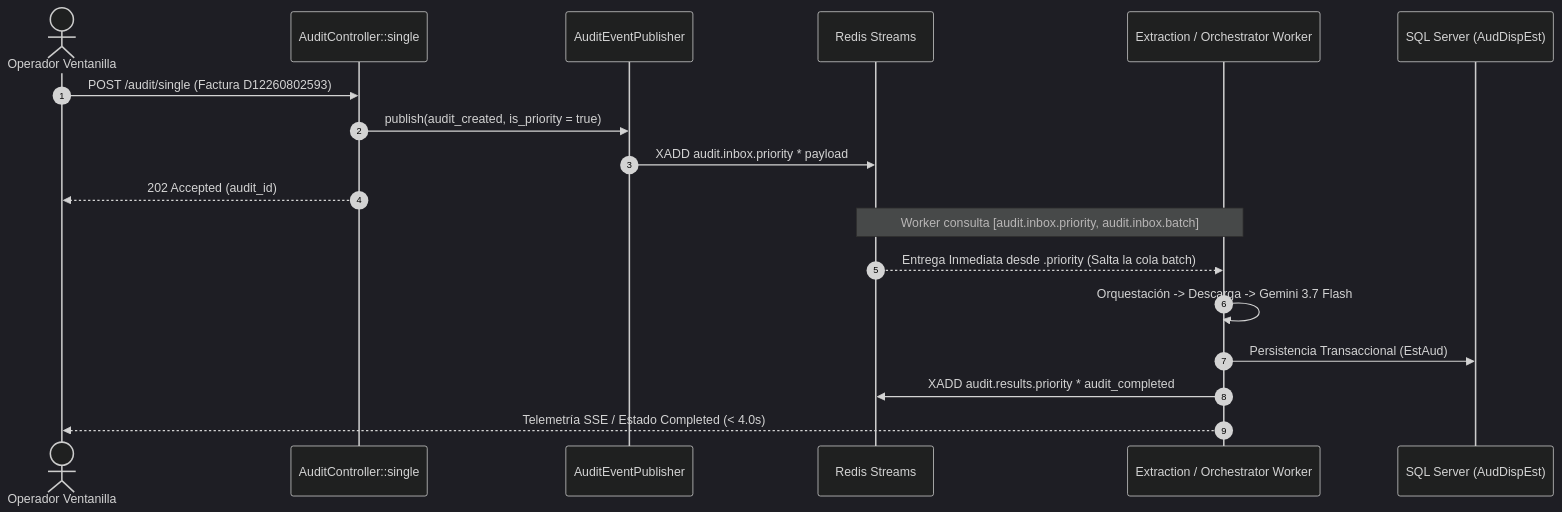
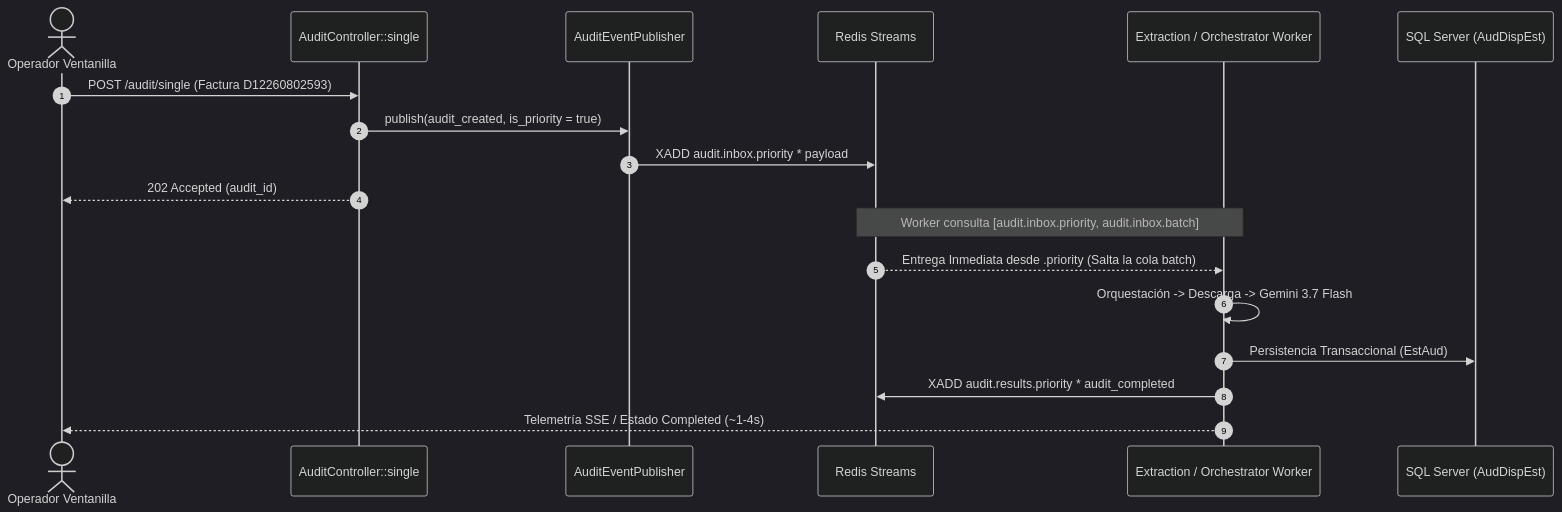
The diagram in plans/sdd-interactive-vip-priority-stream.md (jfrem/AudFact), drawn with Mermaid (dark theme) before and after one commit. The commit also changed other lines of this file, not shown here.

````diff
--- a/plans/sdd-interactive-vip-priority-stream.md
+++ b/plans/sdd-interactive-vip-priority-stream.md
@@ -92,22 +92,22 @@
 ```mermaid
 sequenceDiagram
     autonumber
     actor User as Operador Ventanilla
     participant API as AuditController::single
     participant Pub as AuditEventPublisher
     participant Redis as Redis Streams
     participant Worker as Extraction / Orchestrator Worker
     participant SQL as SQL Server (AudDispEst)
 
     User->>API: POST /audit/single (Factura D12260802593)
     API->>Pub: publish(audit_created, is_priority = true)
     Pub->>Redis: XADD audit.inbox.priority * payload
     API-->>User: 202 Accepted (audit_id)
     
     Note over Worker,Redis: Worker consulta [audit.inbox.priority, audit.inbox.batch]
     Redis-->>Worker: Entrega Inmediata desde .priority (Salta la cola batch)
     Worker->>Worker: Orquestación -> Descarga -> Gemini 3.7 Flash
     Worker->>SQL: Persistencia Transaccional (EstAud)
     Worker->>Redis: XADD audit.results.priority * audit_completed
-    Worker-->>User: Telemetría SSE / Estado Completed (< 4.0s)
+    Worker-->>User: Telemetría SSE / Estado Completed (~1-4s)
 ```
````
